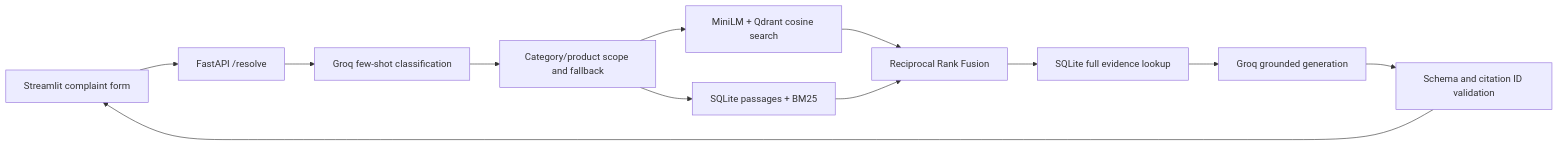
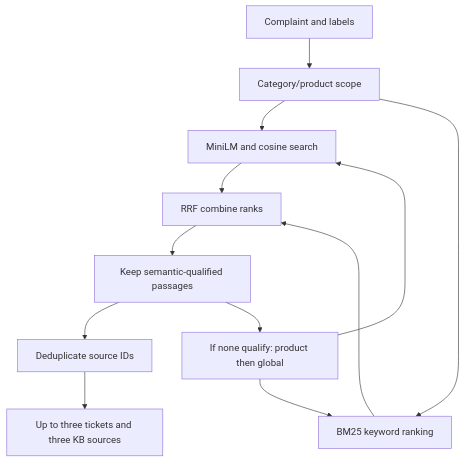
One commit to ananya-0607/telecom-support-assistant changed the fifth of 14 diagrams in README.md. Above: the diagram before and after it, drawn with Mermaid. The commit also changed other lines of this file and 8 other files, not shown here.

Commit message:
Document architecture and RAG results; add monitoring and semantic evidence selection

````diff
--- a/README.md
+++ b/README.md
@@ -9,14 +144,14 @@
 ```mermaid
-flowchart LR
-    UI[Streamlit complaint form] --> API[FastAPI /resolve]
-    API --> C[Groq few-shot classification]
-    C --> S[Category/product scope and fallback]
-    S --> V[MiniLM + Qdrant cosine search]
-    S --> K[SQLite passages + BM25]
-    V --> R[Reciprocal Rank Fusion]
+flowchart TD
+    C[Complaint and labels] --> S[Category/product scope]
+    S --> V[MiniLM and cosine search]
+    S --> K[BM25 keyword ranking]
+    V --> R[RRF combine ranks]
     K --> R
-    R --> DB[SQLite full evidence lookup]
-    DB --> G[Groq grounded generation]
-    G --> Check[Schema and citation ID validation]
-    Check --> UI
+    R --> G[Keep semantic-qualified passages]
+    G --> D[Deduplicate source IDs]
+    D --> O[Up to three tickets and three KB sources]
+    G --> F[If none qualify: product then global]
+    F --> V
+    F --> K
 ```
````
